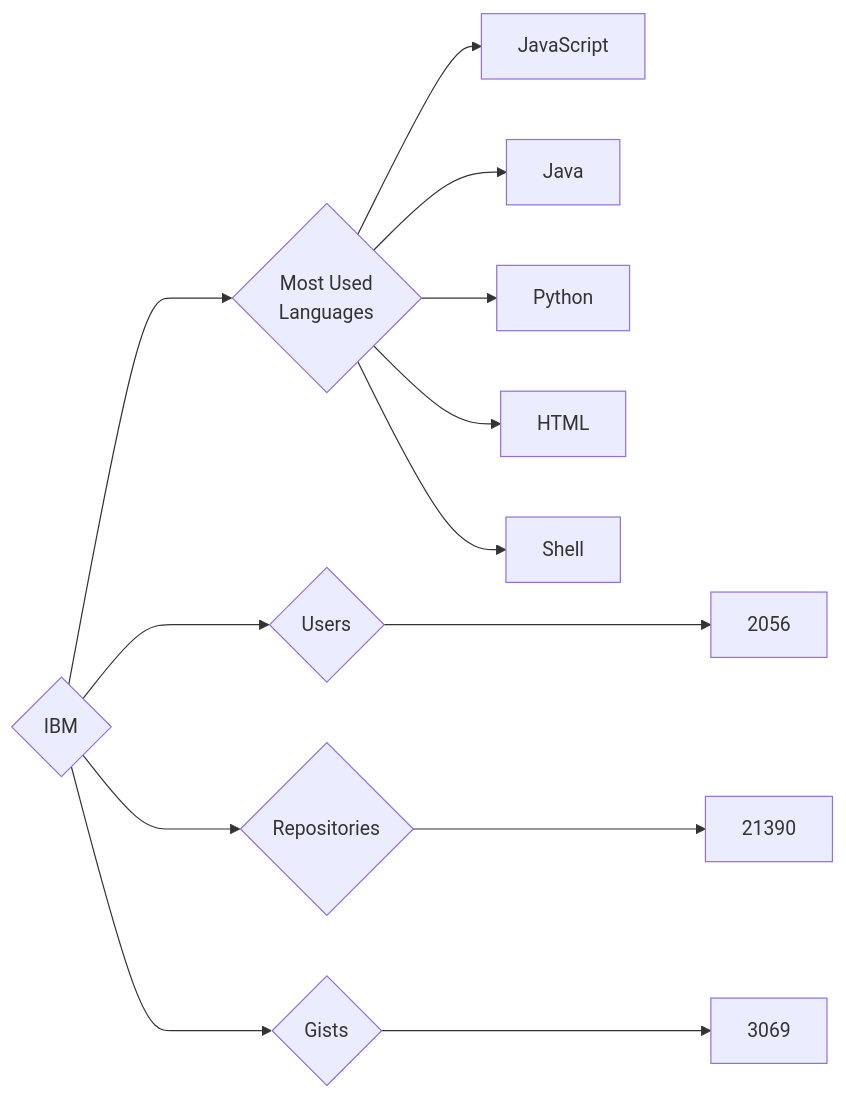
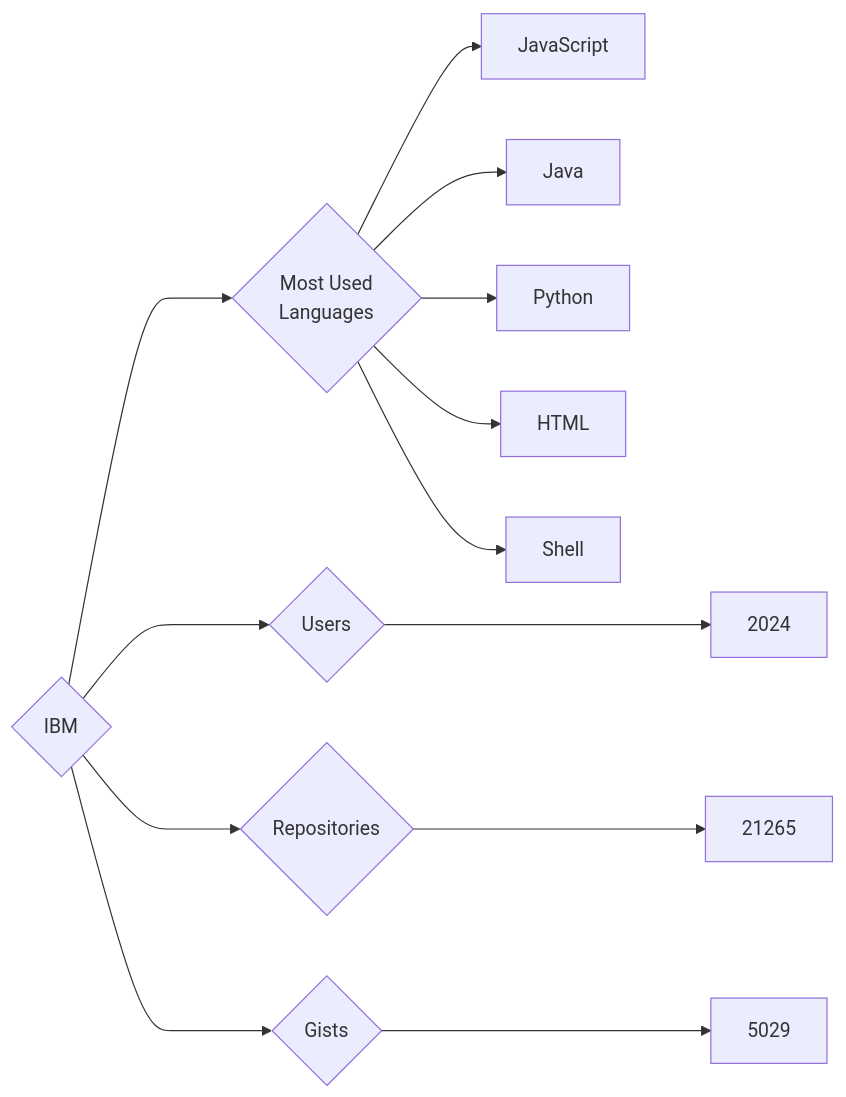
Before and after one commit to trickest/insiders: the diagram in targets/IBM/README.md, drawn with Mermaid. The commit also changed 932 other files, not shown here.

````diff
--- a/targets/IBM/README.md
+++ b/targets/IBM/README.md
@@ -3,13 +3,13 @@
 ```mermaid
 graph LR
 COMPANY_NAME{IBM}
-COMPANY_NAME ---> U{Users} ---> UN[2056]
-COMPANY_NAME ---> R{Repositories} ---> RN[21390]
-COMPANY_NAME ---> G{Gists} ---> GN[3069]
+COMPANY_NAME ---> U{Users} ---> UN[2024]
+COMPANY_NAME ---> R{Repositories} ---> RN[21265]
+COMPANY_NAME ---> G{Gists} ---> GN[5029]
 COMPANY_NAME ---> ML{Most Used<br>Languages}
 ML --> JavaScript[JavaScript]
 ML --> Java[Java]
 ML --> Python[Python]
 ML --> HTML[HTML]
 ML --> Shell[Shell]
 ```
````
